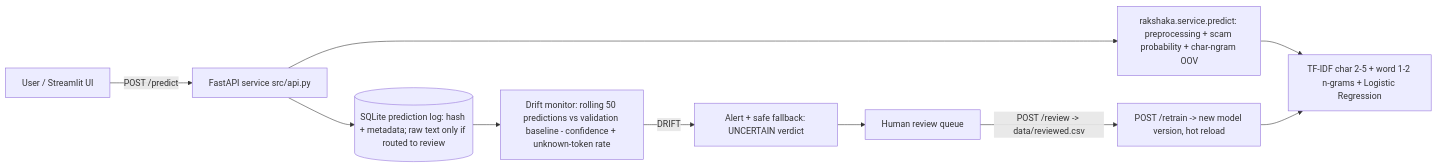
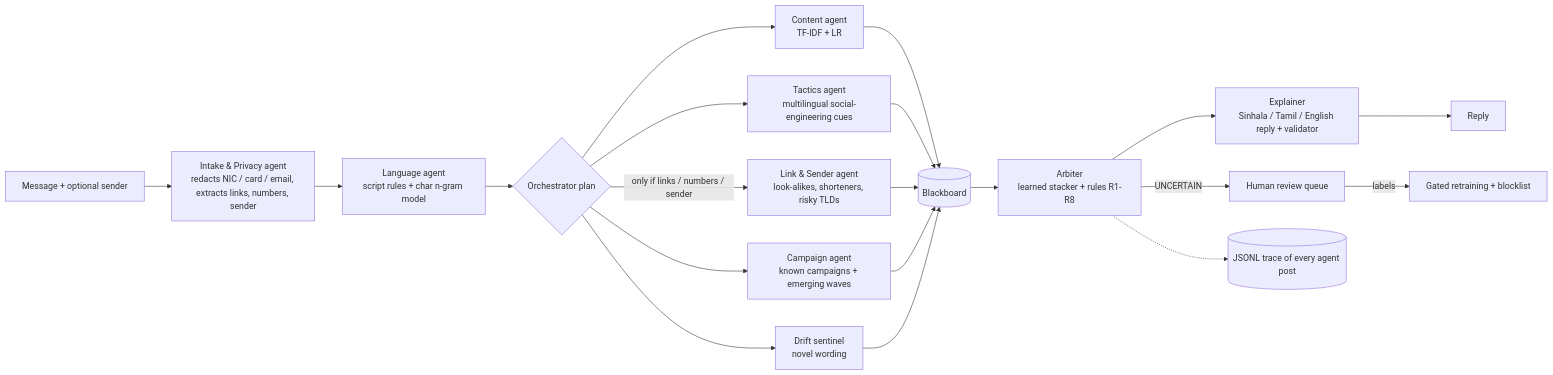
Before and after one commit to geemalfernando/byte_benders-uom: the diagram in README.md, drawn with Mermaid. The commit also changed other lines of this file, not shown here.

Commit message:
Rewrite README for the multi-agent system

````diff
--- a/README.md
+++ b/README.md
@@ -18,12 +14,18 @@
 ```mermaid
 flowchart LR
-  U[User / Streamlit UI] -->|POST /predict| API[FastAPI service src/api.py]
-  API --> P[rakshaka.service.predict: preprocessing + scam probability + char-ngram OOV]
-  P --> M[TF-IDF char 2-5 + word 1-2 n-grams + Logistic Regression]
-  API --> L[(SQLite prediction log: hash + metadata; raw text only if routed to review)]
-  L --> D[Drift monitor: rolling 50 predictions vs validation baseline - confidence + unknown-token rate]
-  D -->|DRIFT| A[Alert + safe fallback: UNCERTAIN verdict]
-  A --> R[Human review queue]
-  R -->|POST /review -> data/reviewed.csv| T[POST /retrain -> new model version, hot reload]
-  T --> M
+  IN[Message + optional sender] --> I[Intake & Privacy agent<br/>redacts NIC / card / email, extracts links, numbers, sender]
+  I --> L[Language agent<br/>script rules + char n-gram model]
+  L --> P{Orchestrator plan}
+  P --> C[Content agent<br/>TF-IDF + LR]
+  P --> T[Tactics agent<br/>multilingual social-engineering cues]
+  P -->|only if links / numbers / sender| K[Link & Sender agent<br/>look-alikes, shorteners, risky TLDs]
+  P --> G[Campaign agent<br/>known campaigns + emerging waves]
+  P --> D[Drift sentinel<br/>novel wording]
+  C & T & K & G & D --> B[(Blackboard)]
+  B --> A[Arbiter<br/>learned stacker + rules R1-R8]
+  A --> E[Explainer<br/>Sinhala / Tamil / English reply + validator]
+  A -->|UNCERTAIN| H[Human review queue]
+  H -->|labels| R[Gated retraining + blocklist]
+  E --> OUT[Reply]
+  A -.-> TR[(JSONL trace of every agent post)]
 ```
````
